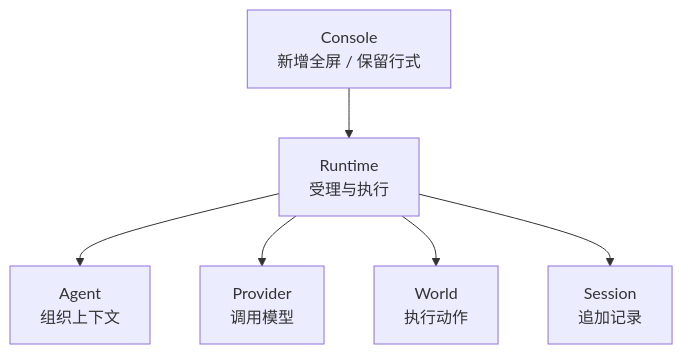
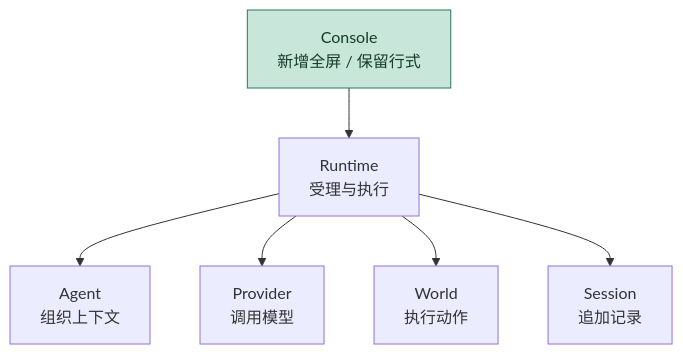
Before and after one commit to 13776578253-glitch/1002bot: the first of 6 diagrams in docs/2026-10-06-M2.1进度与架构图.md, drawn with Mermaid. The commit also changed other lines of this file and 3 other files, not shown here.

First line of the commit message:
docs: align overview diagrams across M2.1 M3.0 and M3.1

````diff
--- a/docs/2026-10-06-M2.1进度与架构图.md
+++ b/docs/2026-10-06-M2.1进度与架构图.md
@@ -25,8 +25,10 @@
 ```mermaid
 flowchart TB
   C[Console<br/>新增全屏 / 保留行式] --> R[Runtime<br/>受理与执行]
   R --> A[Agent<br/>组织上下文]
   R --> P[Provider<br/>调用模型]
   R --> W[World<br/>执行动作]
   R --> S[Session<br/>追加记录]
+  classDef added fill:#c8e6d9,stroke:#28765c,color:#163d2a;
+  class C added;
 ```
````
